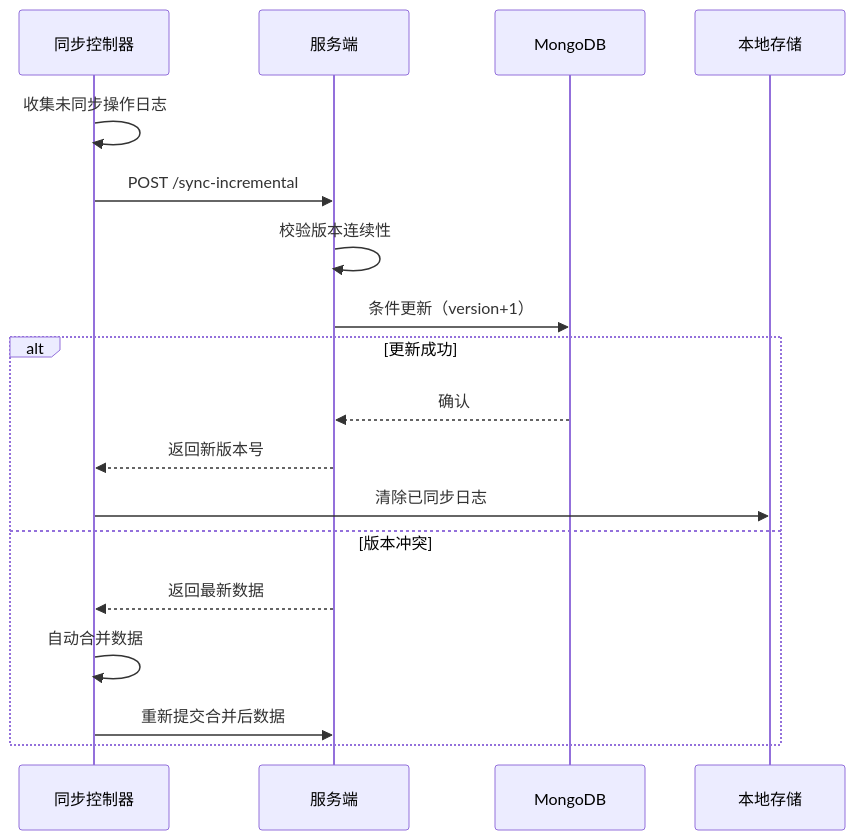
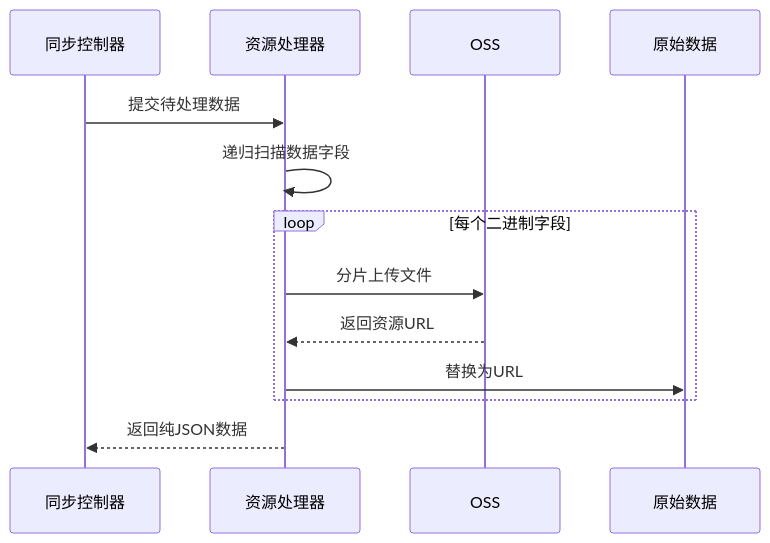
One commit to yingjianzh/iodraw-files changed the diagram in all/未命名-24.md. Above: the diagram before and after it, drawn with Mermaid.

Commit message:
2025-02-21 18:17:25 update

````diff
--- a/all/未命名-24.md
+++ b/all/未命名-24.md
@@ -1,20 +1,15 @@
 ```mermaid
 sequenceDiagram
     participant 同步控制器
-    participant 服务端
-    participant MongoDB
+    participant 资源处理器
+    participant OSS
 
-    同步控制器->>同步控制器: 收集未同步操作日志
-    同步控制器->>服务端: POST /sync-incremental
-    服务端->>服务端: 校验版本连续性
-    服务端->>MongoDB: 条件更新（version+1）
-    alt 更新成功
-        MongoDB-->>服务端: 确认
-        服务端-->>同步控制器: 返回新版本号
-        同步控制器->>本地存储: 清除已同步日志
-    else 版本冲突
-        服务端-->>同步控制器: 返回最新数据
-        同步控制器->>同步控制器: 自动合并数据
-        同步控制器->>服务端: 重新提交合并后数据
+    同步控制器->>资源处理器: 提交待处理数据
+    资源处理器->>资源处理器: 递归扫描数据字段
+    loop 每个二进制字段
+        资源处理器->>OSS: 分片上传文件
+        OSS-->>资源处理器: 返回资源URL
+        资源处理器->>原始数据: 替换为URL
     end
+    资源处理器-->>同步控制器: 返回纯JSON数据
 ```
````
